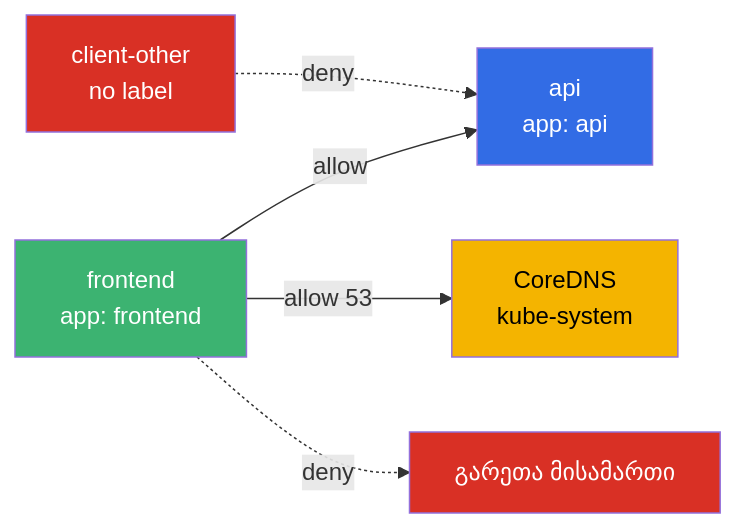
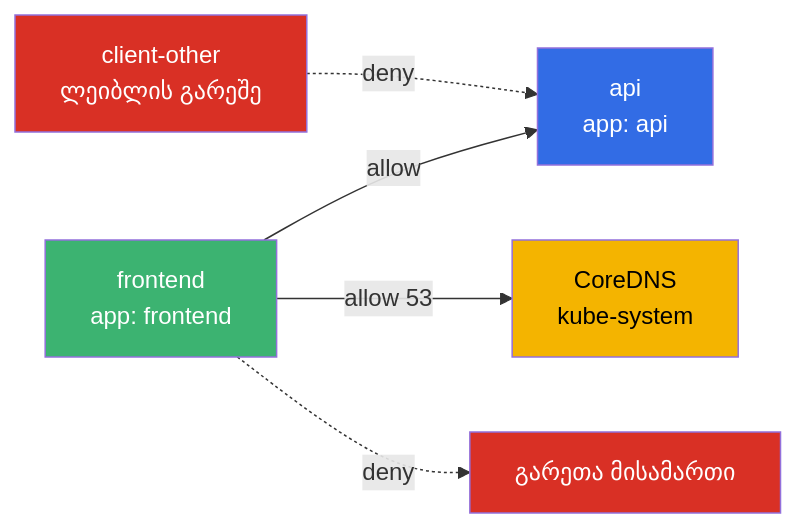
The first of 2 diagrams in tasks/eks/labs/110/README_GE.MD (ViktorUJ/cks), drawn with Mermaid before and after one commit. The commit also changed other lines of this file and 221 other files, not shown here.

````diff
--- a/tasks/eks/labs/110/README_GE.MD
+++ b/tasks/eks/labs/110/README_GE.MD
@@ -43,17 +43,17 @@
 ```mermaid
 flowchart LR
     fe["frontend<br>app: frontend"]
     api["api<br>app: api"]
     dns["CoreDNS<br>kube-system"]
-    other["client-other<br>no label"]
+    other["client-other<br>ლეიბლის გარეშე"]
     ext["გარეთა მისამართი"]
     fe -->|allow| api
     fe -->|allow 53| dns
     fe -.->|deny| ext
     other -.->|deny| api
     style fe fill:#3cb371,color:#fff
     style api fill:#326ce5,color:#fff
     style dns fill:#f4b400,color:#000
     style other fill:#d93025,color:#fff
     style ext fill:#d93025,color:#fff
 ```
````
